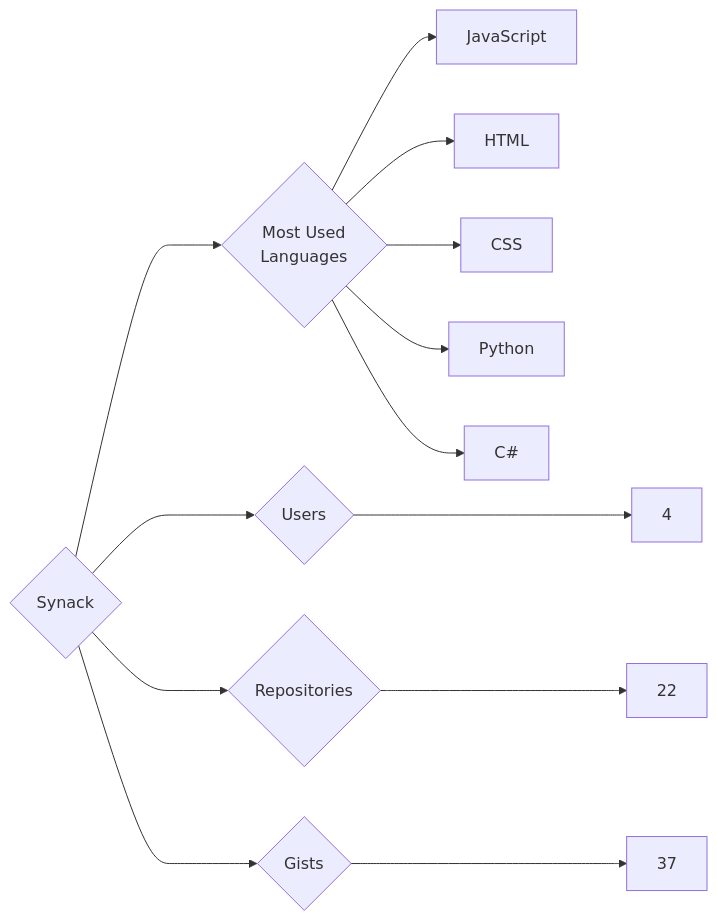
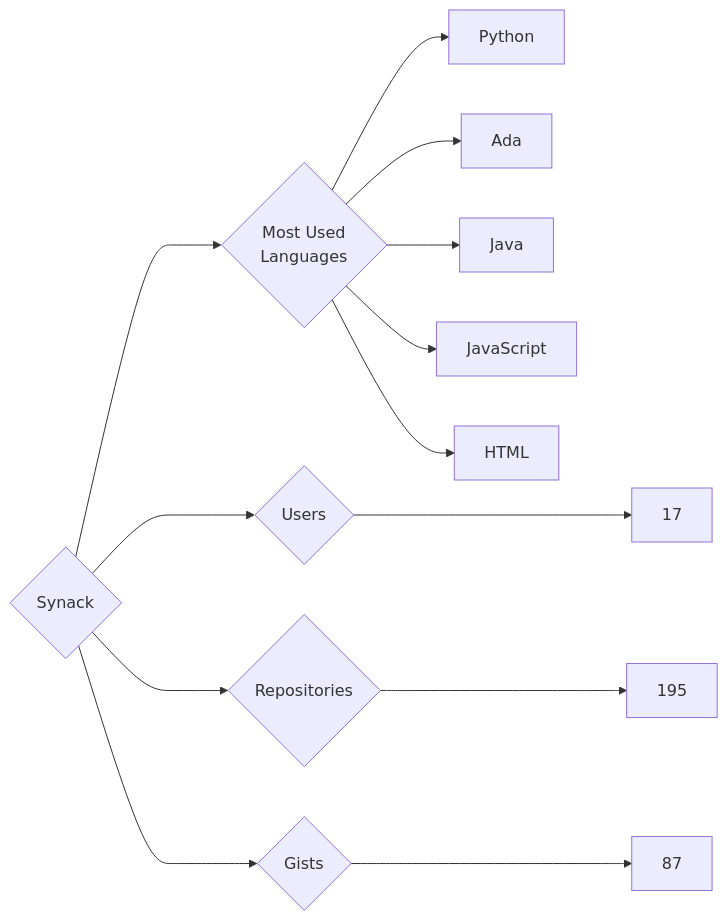
One commit to trickest/insiders changed the diagram in targets/Synack/README.md. Above: the diagram before and after it, drawn with Mermaid. The commit also changed 1484 other files, not shown here.

````diff
--- a/targets/Synack/README.md
+++ b/targets/Synack/README.md
@@ -3,13 +3,13 @@
 ```mermaid
 graph LR
 COMPANY_NAME{Synack}
-COMPANY_NAME ---> U{Users} ---> UN[4]
-COMPANY_NAME ---> R{Repositories} ---> RN[22]
-COMPANY_NAME ---> G{Gists} ---> GN[37]
+COMPANY_NAME ---> U{Users} ---> UN[17]
+COMPANY_NAME ---> R{Repositories} ---> RN[195]
+COMPANY_NAME ---> G{Gists} ---> GN[87]
 COMPANY_NAME ---> ML{Most Used<br>Languages}
+ML --> Python[Python]
+ML --> Ada[Ada]
+ML --> Java[Java]
 ML --> JavaScript[JavaScript]
 ML --> HTML[HTML]
-ML --> CSS[CSS]
-ML --> Python[Python]
-ML --> C#[C#]
 ```
````
